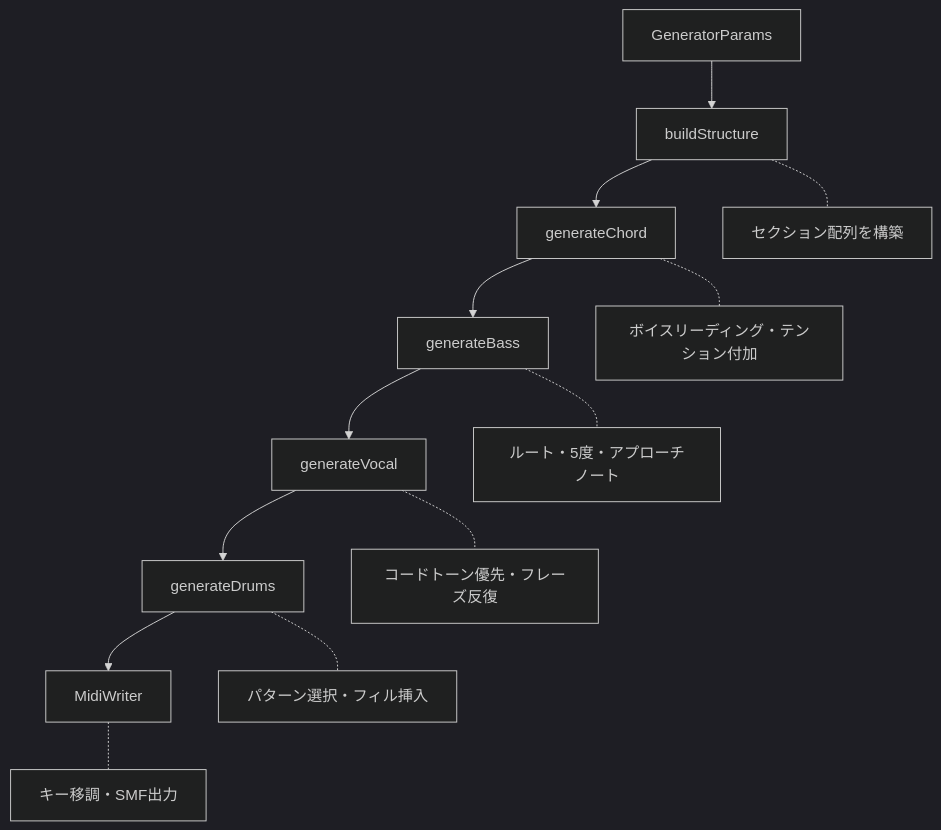
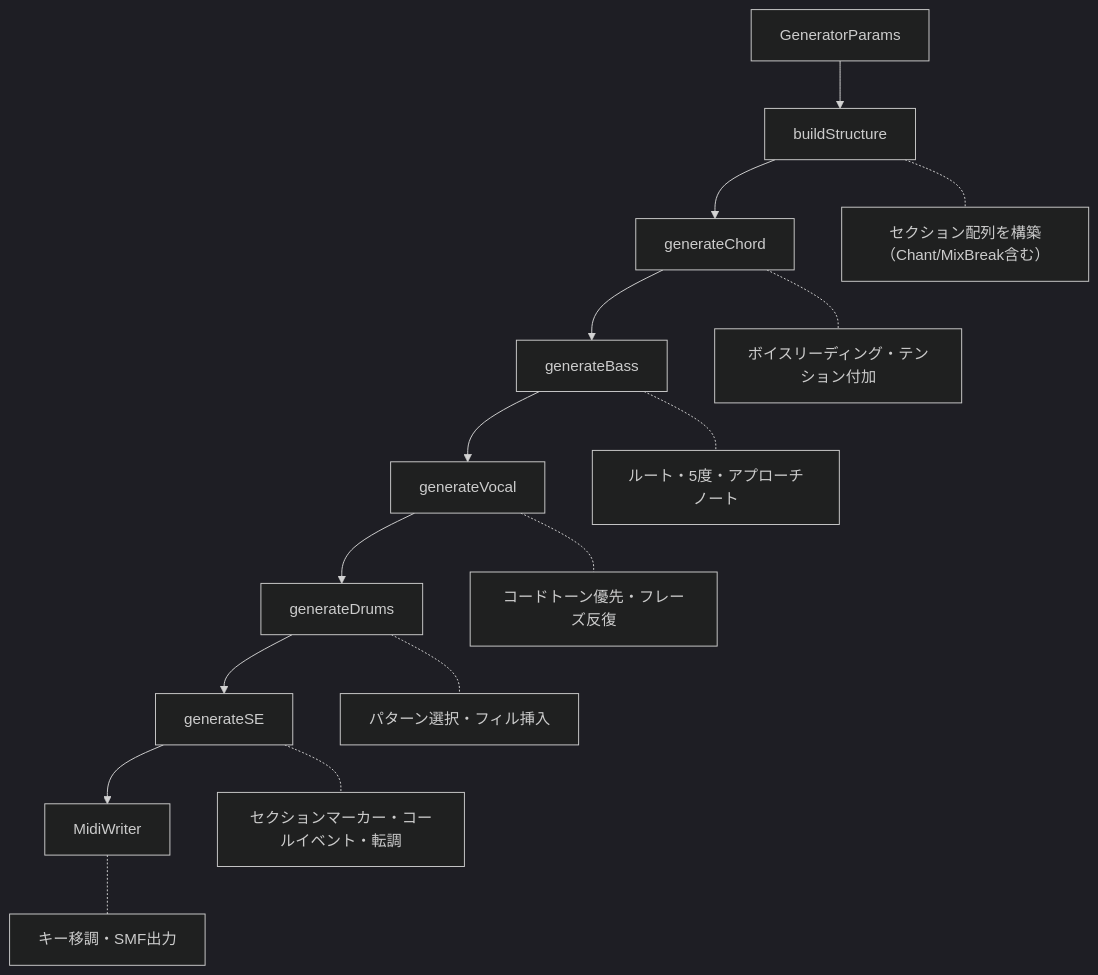
Before and after one commit to libraz/midi-sketch: the first of 2 diagrams in README_ja.md, drawn with Mermaid (dark theme). The commit also changed other lines of this file and 26 other files, not shown here.

First line of the commit message:
feat: Add call and response system with Chant/MixBreak sections

````diff
--- a/README_ja.md
+++ b/README_ja.md
@@ -144,16 +150,18 @@
 ```mermaid
 flowchart TD
     A[GeneratorParams] --> B[buildStructure]
     B --> C[generateChord]
     C --> D[generateBass]
     D --> E[generateVocal]
     E --> F[generateDrums]
-    F --> G[MidiWriter]
+    F --> H[generateSE]
+    H --> G[MidiWriter]
 
-    B -.- B1["セクション配列を構築"]
+    B -.- B1["セクション配列を構築（Chant/MixBreak含む）"]
     C -.- C1["ボイスリーディング・テンション付加"]
     D -.- D1["ルート・5度・アプローチノート"]
     E -.- E1["コードトーン優先・フレーズ反復"]
     F -.- F1["パターン選択・フィル挿入"]
+    H -.- H1["セクションマーカー・コールイベント・転調"]
     G -.- G1["キー移調・SMF出力"]
 ```
````
